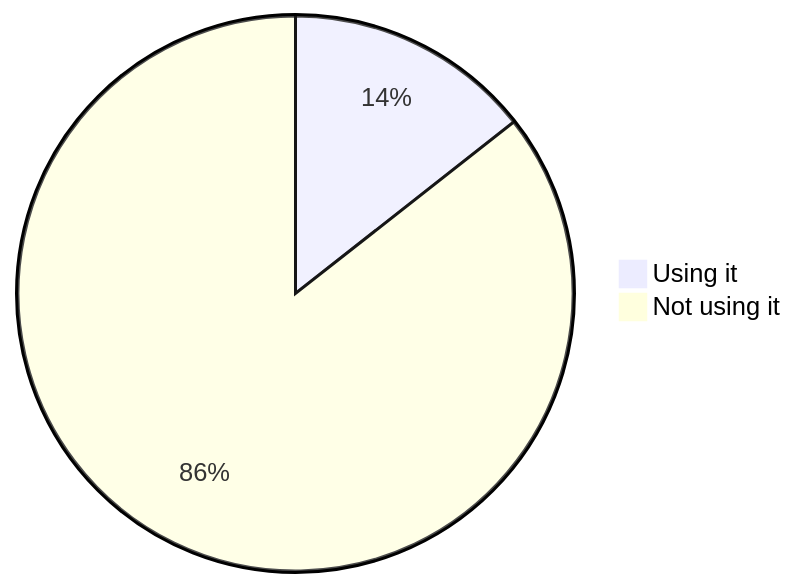
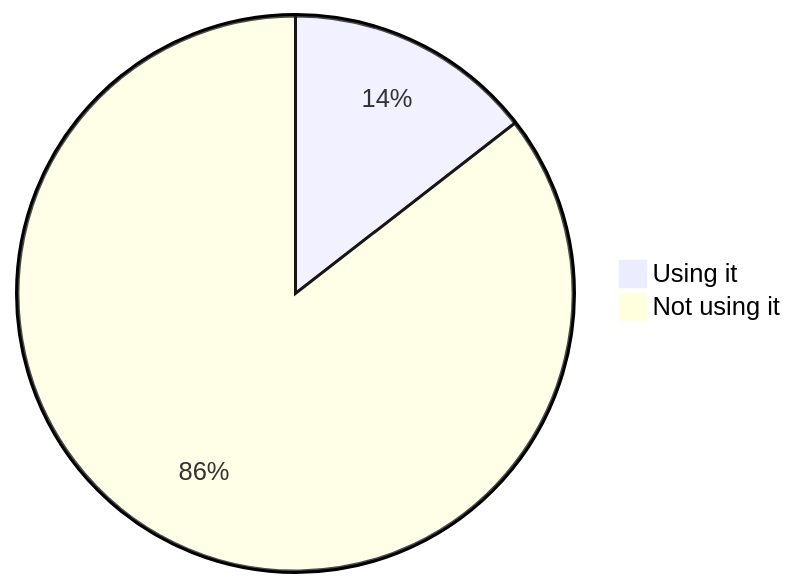
One commit to oshp/oshp-stats changed the fourth of 22 diagrams in stats.md. Above: the diagram before and after it, drawn with Mermaid. The commit also changed other lines of this file, not shown here.

````diff
--- a/stats.md
+++ b/stats.md
@@ -46,6 +46,6 @@
 ```mermaid
 pie
-	"Using it" : 14.4
-	"Not using it" : 85.6
+	"Using it" : 14.49
+	"Not using it" : 85.51
 
 ```
````
